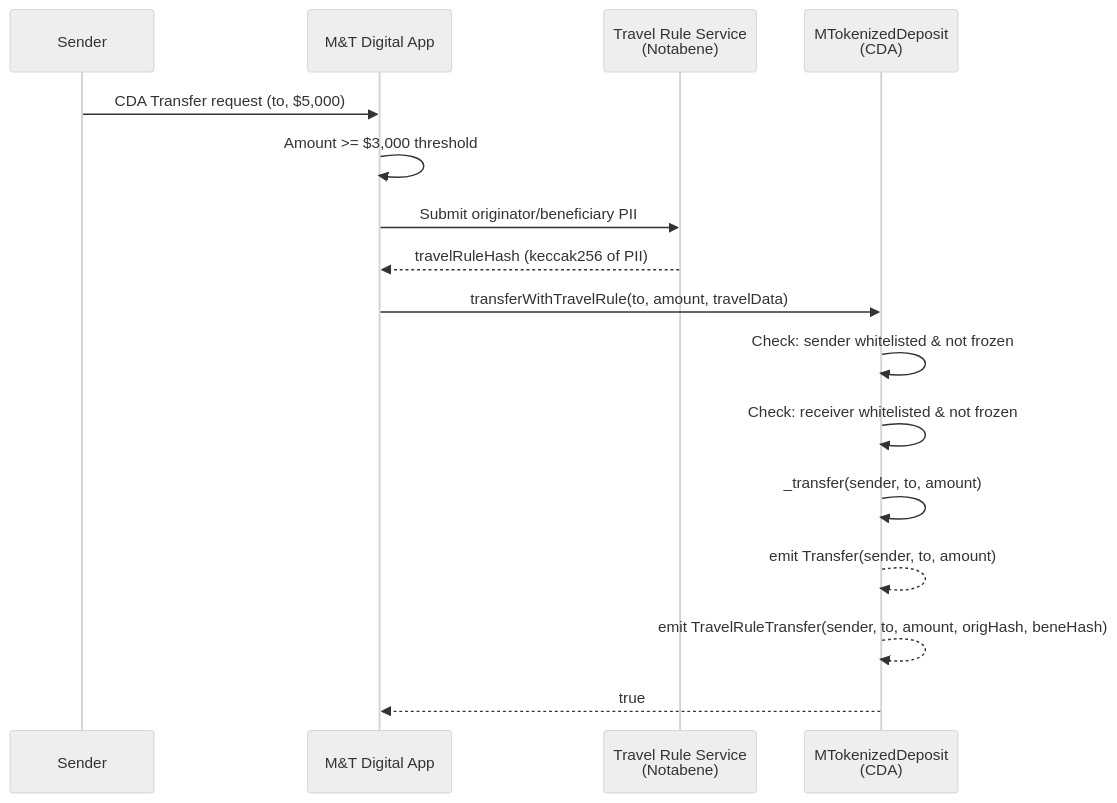
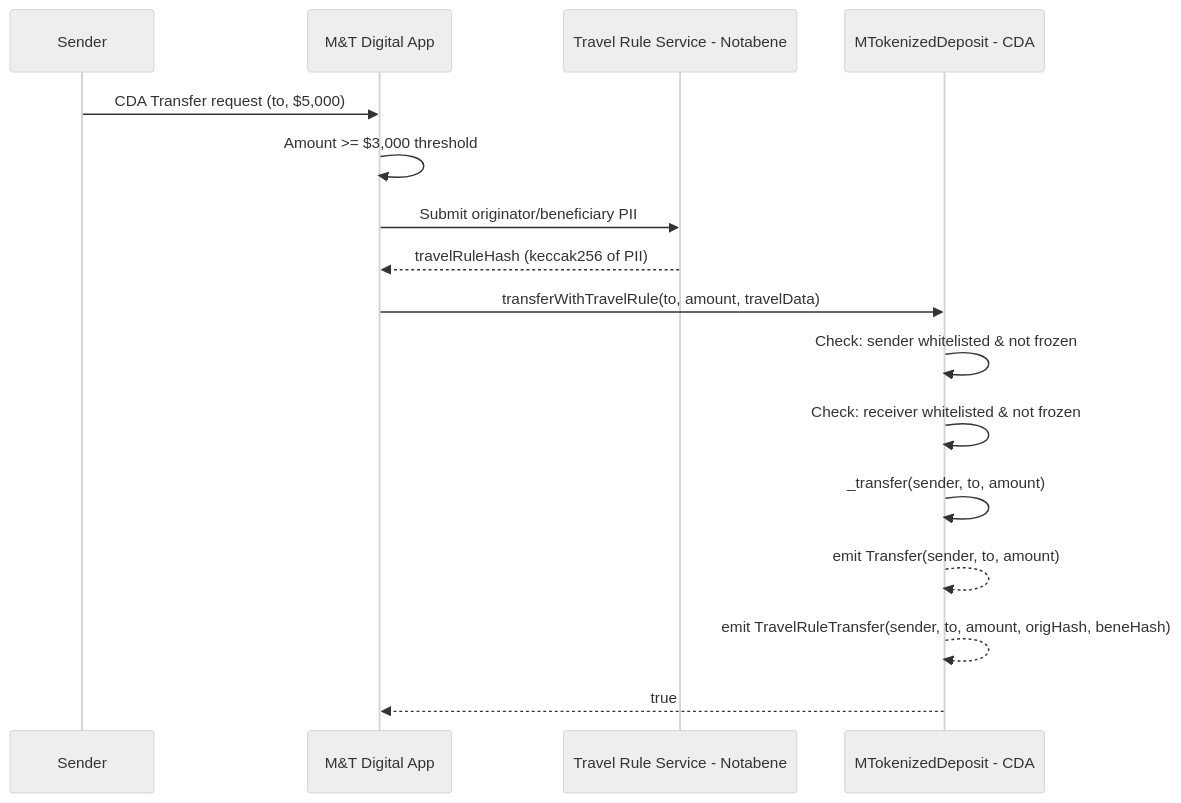
One commit to jnodes/tokenized-deposits changed the third of 6 diagrams in docs/contract_flow_diagrams.md. Above: the diagram before and after it, drawn with Mermaid (neutral theme). The commit also changed other lines of this file and 6 other files, not shown here.

Commit message:
fix: repair Mermaid diagram syntax for GitHub rendering — quote special chars, remove em-dashes, fix participant labels

````diff
--- a/docs/contract_flow_diagrams.md
+++ b/docs/contract_flow_diagrams.md
@@ -68,20 +68,20 @@
 ```mermaid
 sequenceDiagram
     participant Sender
     participant App as M&T Digital App
-    participant Notabene as Travel Rule Service<br/>(Notabene)
-    participant Token as MTokenizedDeposit<br/>(CDA)
+    participant Notabene as Travel Rule Service - Notabene
+    participant Token as MTokenizedDeposit - CDA
 
     Sender->>App: CDA Transfer request (to, $5,000)
     App->>App: Amount >= $3,000 threshold
     App->>Notabene: Submit originator/beneficiary PII
     Notabene-->>App: travelRuleHash (keccak256 of PII)
 
     App->>Token: transferWithTravelRule(to, amount, travelData)
     Token->>Token: Check: sender whitelisted & not frozen
     Token->>Token: Check: receiver whitelisted & not frozen
     Token->>Token: _transfer(sender, to, amount)
     Token-->>Token: emit Transfer(sender, to, amount)
     Token-->>Token: emit TravelRuleTransfer(sender, to, amount, origHash, beneHash)
     Token-->>App: true
 ```
````
